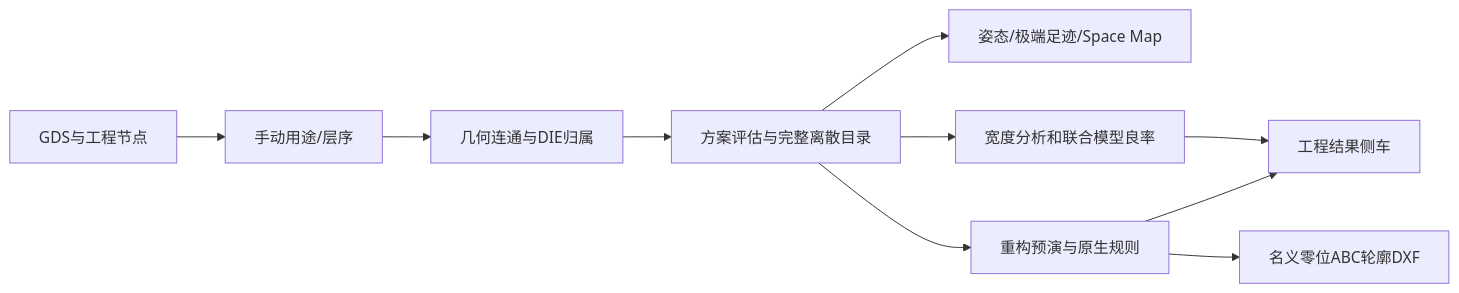
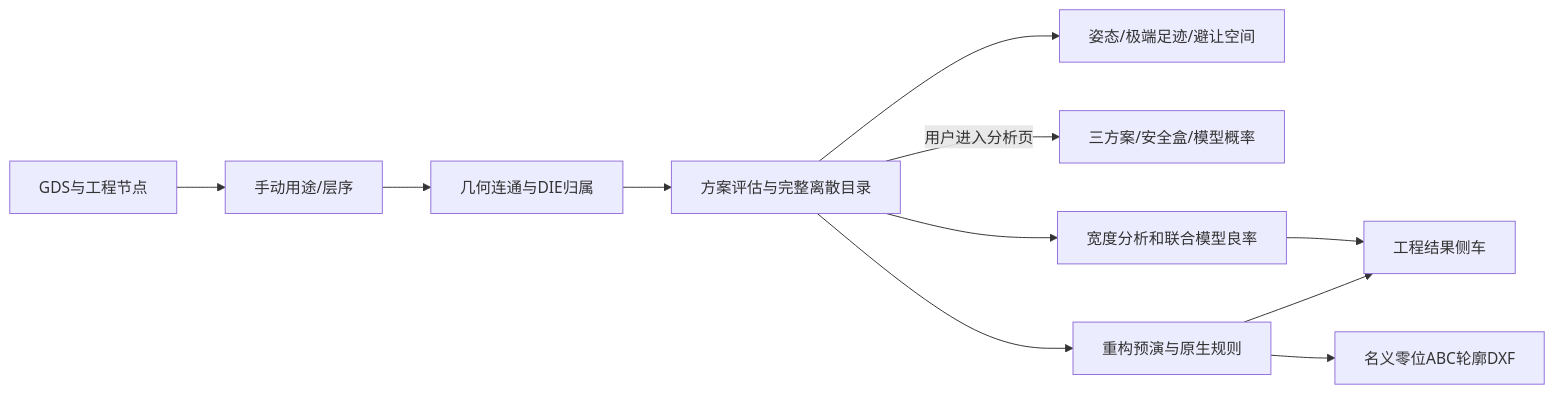
The diagram in docs/AI_HANDOFF.md (shiyuliuth-del/PLP_Die_Shift_Analyzer), drawn with Mermaid before and after one commit. The commit also changed other lines of this file and 9 other files, not shown here.

````diff
--- a/docs/AI_HANDOFF.md
+++ b/docs/AI_HANDOFF.md
@@ -19,12 +19,13 @@
 ```mermaid
 flowchart LR
  G[GDS与工程节点] --> L[手动用途/层序]
  L --> C[几何连通与DIE归属]
  C --> E[方案评估与完整离散目录]
- E --> P[姿态/极端足迹/Space Map]
+ E --> P[姿态/极端足迹/避让空间]
+ E -->|用户进入分析页| A[三方案/安全盒/模型概率]
  E --> W[宽度分析和联合模型良率]
  E --> R[重构预演与原生规则]
  W --> S[工程结果侧车]
  R --> S
  R --> D[名义零位ABC轮廓DXF]
 ```
````
